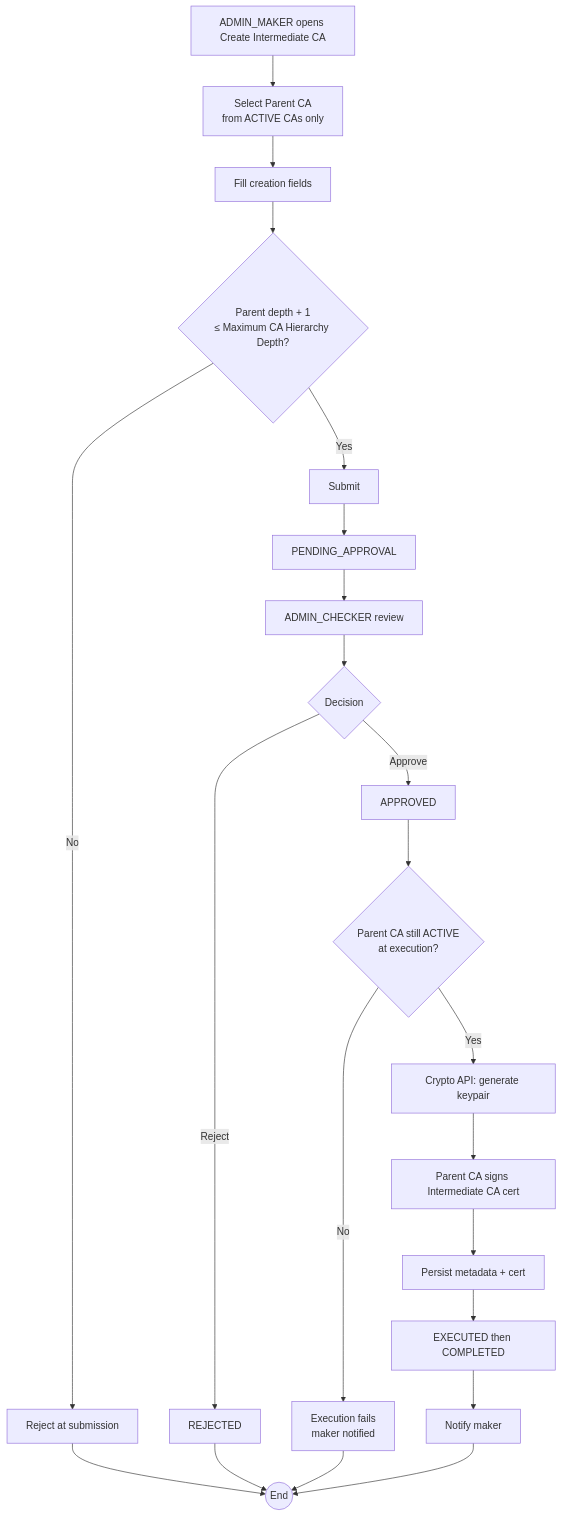
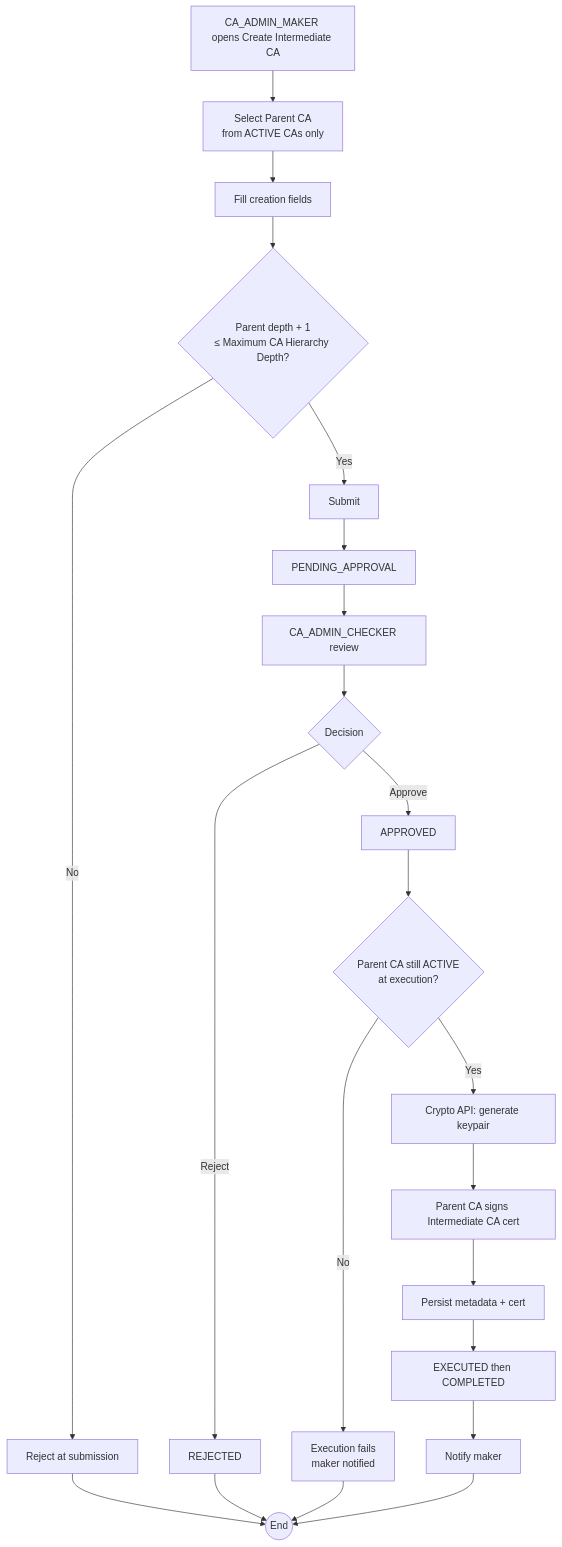
Before and after one commit to ruthvikchandravanam/Nexus-CA: the diagram in Docs/1-Requirements/Workflows/WF-003-intermediate-ca-creation.md, drawn with Mermaid. The commit also changed other lines of this file and 33 other files, not shown here.

````diff
--- a/Docs/1-Requirements/Workflows/WF-003-intermediate-ca-creation.md
+++ b/Docs/1-Requirements/Workflows/WF-003-intermediate-ca-creation.md
@@ -21,21 +21,21 @@
 ```mermaid
 flowchart TD
-    A[ADMIN_MAKER opens Create Intermediate CA] --> B[Select Parent CA<br/>from ACTIVE CAs only]
+    A[CA_ADMIN_MAKER opens Create Intermediate CA] --> B[Select Parent CA<br/>from ACTIVE CAs only]
     B --> C[Fill creation fields]
     C --> D{Parent depth + 1<br/>≤ Maximum CA Hierarchy Depth?}
     D -- No --> D1[Reject at submission] --> Z((End))
     D -- Yes --> E[Submit]
     E --> F[PENDING_APPROVAL]
-    F --> G[ADMIN_CHECKER review]
+    F --> G[CA_ADMIN_CHECKER review]
     G --> H{Decision}
     H -- Reject --> R[REJECTED] --> Z
     H -- Approve --> I[APPROVED]
     I --> J{Parent CA still ACTIVE<br/>at execution?}
     J -- No --> J1[Execution fails<br/>maker notified] --> Z
     J -- Yes --> K[Crypto API: generate keypair]
     K --> L[Parent CA signs Intermediate CA cert]
     L --> M[Persist metadata + cert]
     M --> N[EXECUTED then COMPLETED]
     N --> O[Notify maker]
     O --> Z
 ```
````
